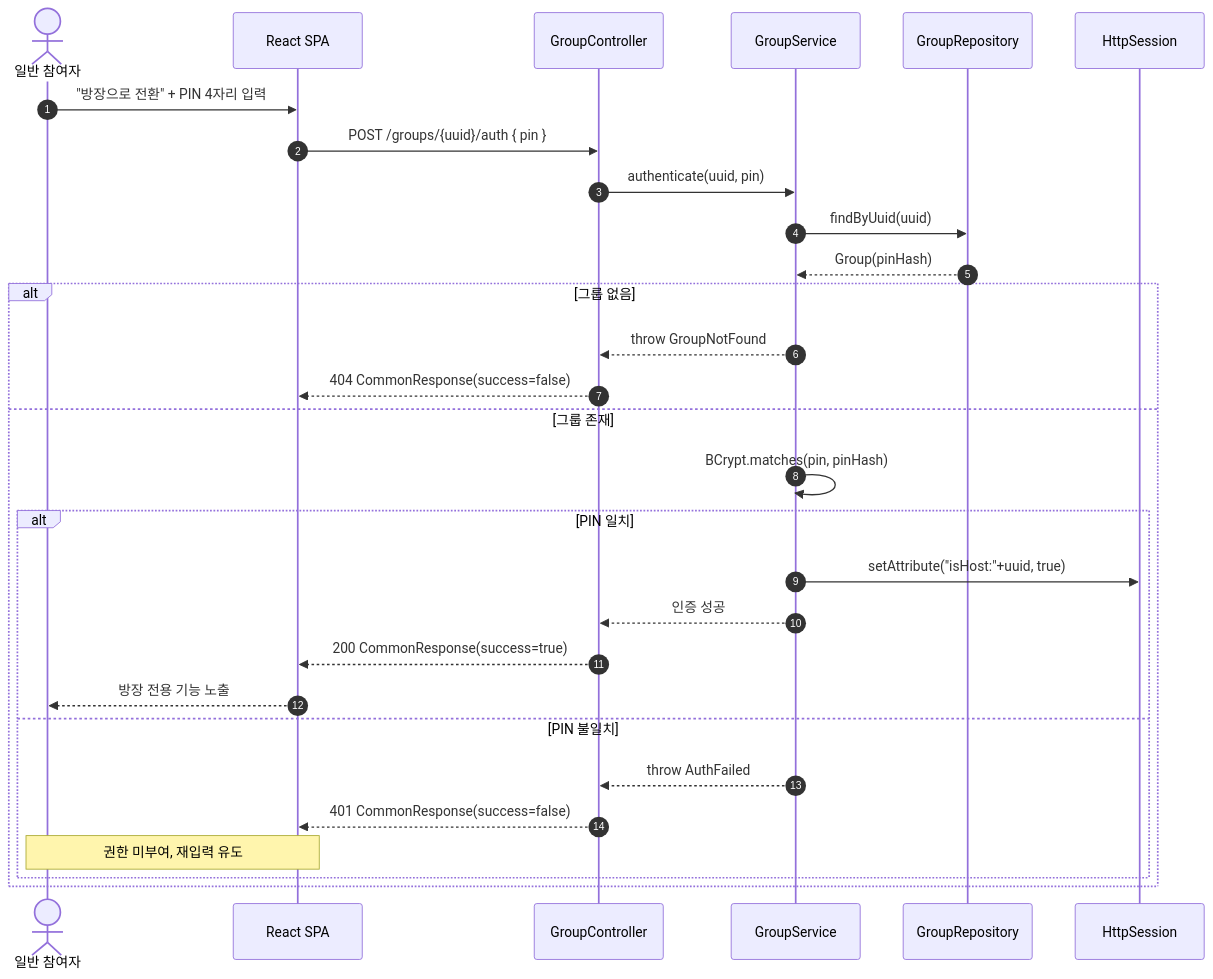
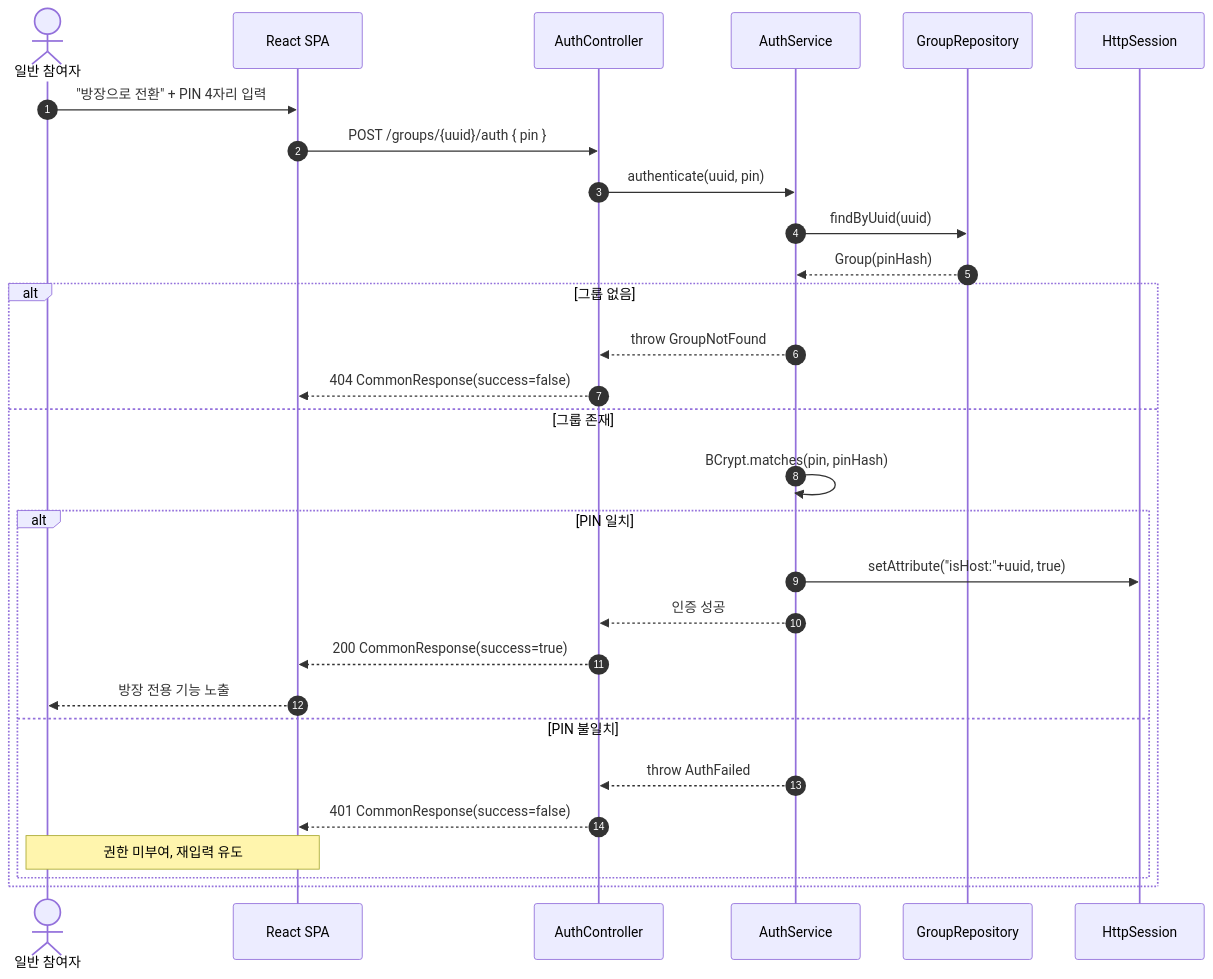
Before and after one commit to yujeong430/SW-engineering-VibeCoding: the first of 4 diagrams in docs/sequence_diagram.md, drawn with Mermaid. The commit also changed 9 other files, not shown here.

````diff
--- a/docs/sequence_diagram.md
+++ b/docs/sequence_diagram.md
@@ -71,33 +71,33 @@
 ```mermaid
 sequenceDiagram
     autonumber
     actor U as 일반 참여자
     participant FE as React SPA
-    participant GC as GroupController
-    participant GS as GroupService
+    participant AC as AuthController
+    participant AS as AuthService
     participant GR as GroupRepository
     participant SE as HttpSession
 
     U->>FE: "방장으로 전환" + PIN 4자리 입력
-    FE->>GC: POST /groups/{uuid}/auth { pin }
-    GC->>GS: authenticate(uuid, pin)
-    GS->>GR: findByUuid(uuid)
-    GR-->>GS: Group(pinHash)
+    FE->>AC: POST /groups/{uuid}/auth { pin }
+    AC->>AS: authenticate(uuid, pin)
+    AS->>GR: findByUuid(uuid)
+    GR-->>AS: Group(pinHash)
 
     alt 그룹 없음
-        GS-->>GC: throw GroupNotFound
-        GC-->>FE: 404 CommonResponse(success=false)
+        AS-->>AC: throw GroupNotFound
+        AC-->>FE: 404 CommonResponse(success=false)
     else 그룹 존재
-        GS->>GS: BCrypt.matches(pin, pinHash)
+        AS->>AS: BCrypt.matches(pin, pinHash)
         alt PIN 일치
-            GS->>SE: setAttribute("isHost:"+uuid, true)
-            GS-->>GC: 인증 성공
-            GC-->>FE: 200 CommonResponse(success=true)
+            AS->>SE: setAttribute("isHost:"+uuid, true)
+            AS-->>AC: 인증 성공
+            AC-->>FE: 200 CommonResponse(success=true)
             FE-->>U: 방장 전용 기능 노출
         else PIN 불일치
-            GS-->>GC: throw AuthFailed
-            GC-->>FE: 401 CommonResponse(success=false)
+            AS-->>AC: throw AuthFailed
+            AC-->>FE: 401 CommonResponse(success=false)
             Note over FE,U: 권한 미부여, 재입력 유도
         end
     end
 ```
````
